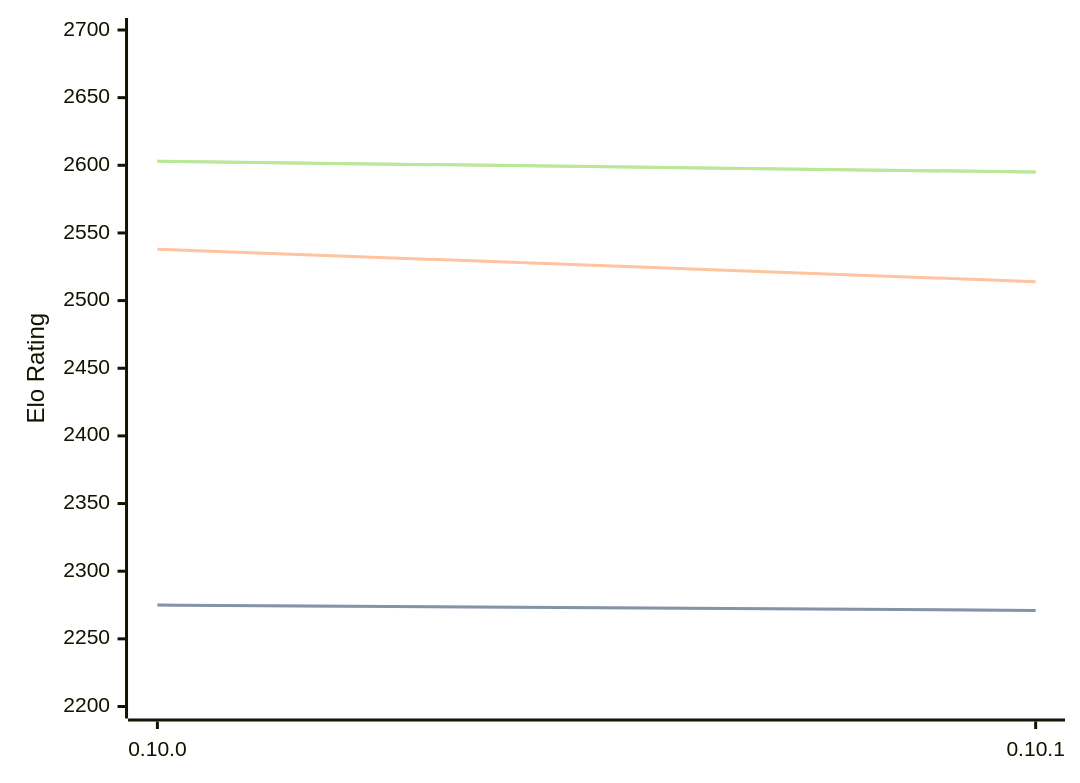
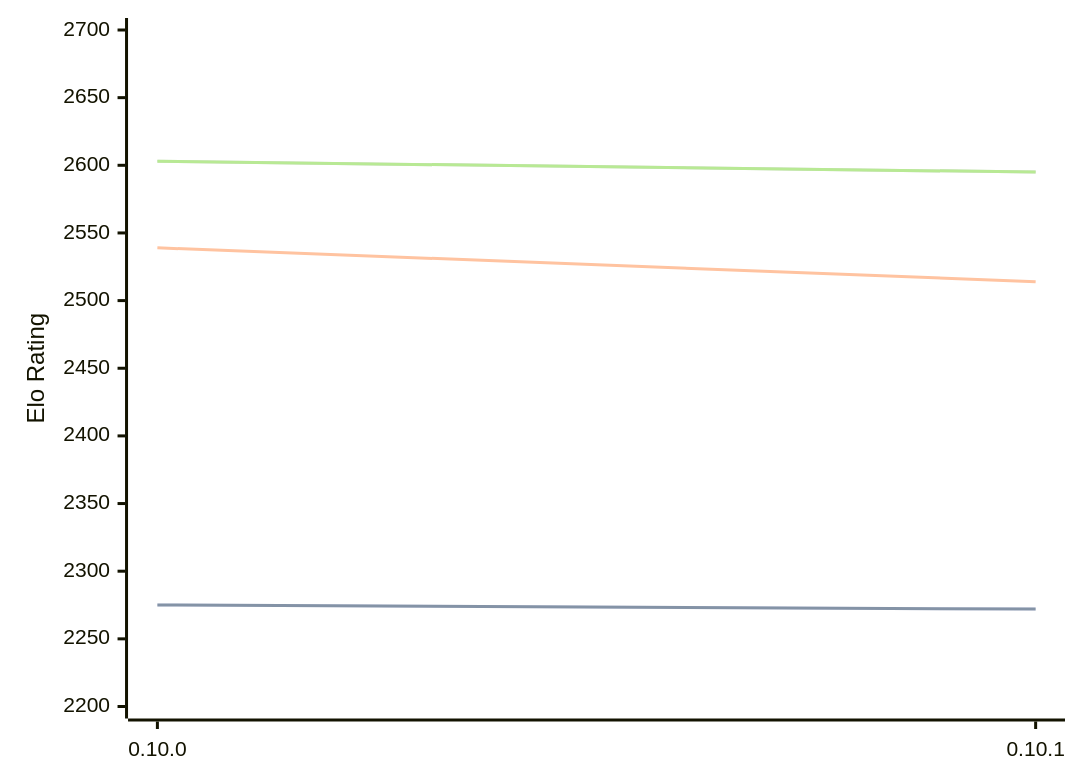
One commit to computer-chess-index/cci changed the diagram in engines/Fatalii.md. Above: the diagram before and after it, drawn with Mermaid. The commit also changed other lines of this file, not shown here.

````diff
--- a/engines/Fatalii.md
+++ b/engines/Fatalii.md
@@ -32,11 +32,11 @@
 ```mermaid
 %%{init: {"theme":"base","themeVariables":{"seriesColors:['#a3a3a3','#222221','#faa371']}}}%%
 xychart-beta
   x-axis ["0.10.0", "0.10.1"]
   y-axis "Elo Rating" 2200 --> 2700
-  line "" [2275, 2271]
-  line "STC (8.0+0.08s)" [2275, 2271]
-  line "LTC (60.0+0.60s)" [2538, 2514]
+  line "" [2275, 2272]
+  line "STC (8.0+0.08s)" [2275, 2272]
+  line "LTC (60.0+0.60s)" [2539, 2514]
   line "" [2603, 2595]
   line "VLTC (2m24s+1.12s)" [2603, 2595]
 ```
````
